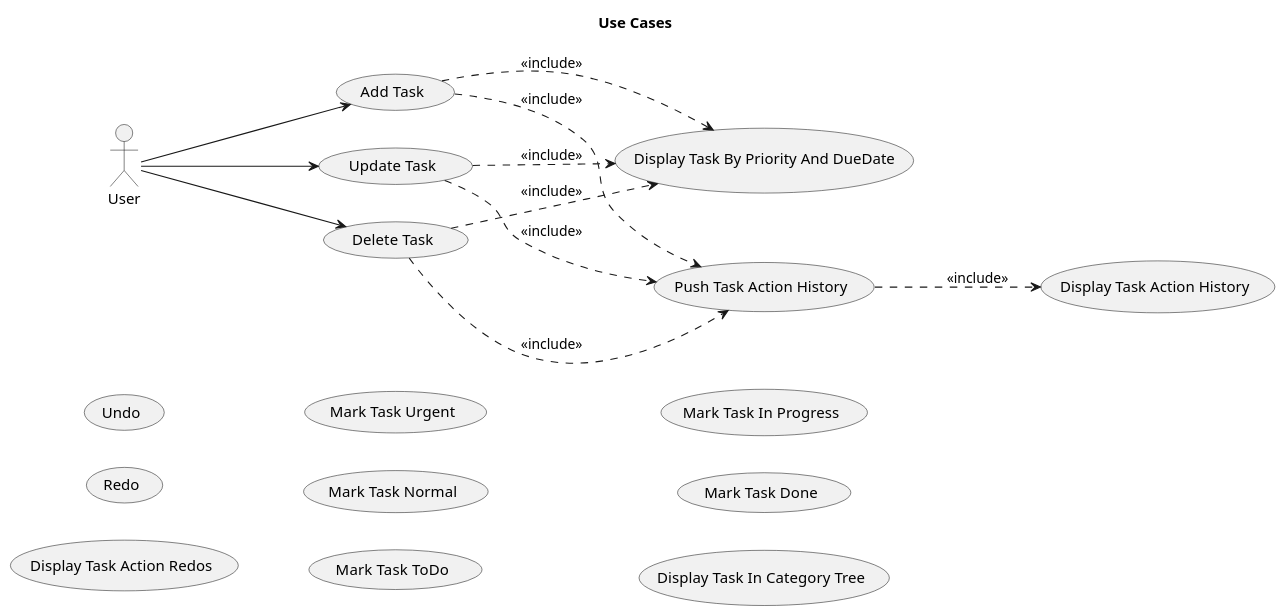
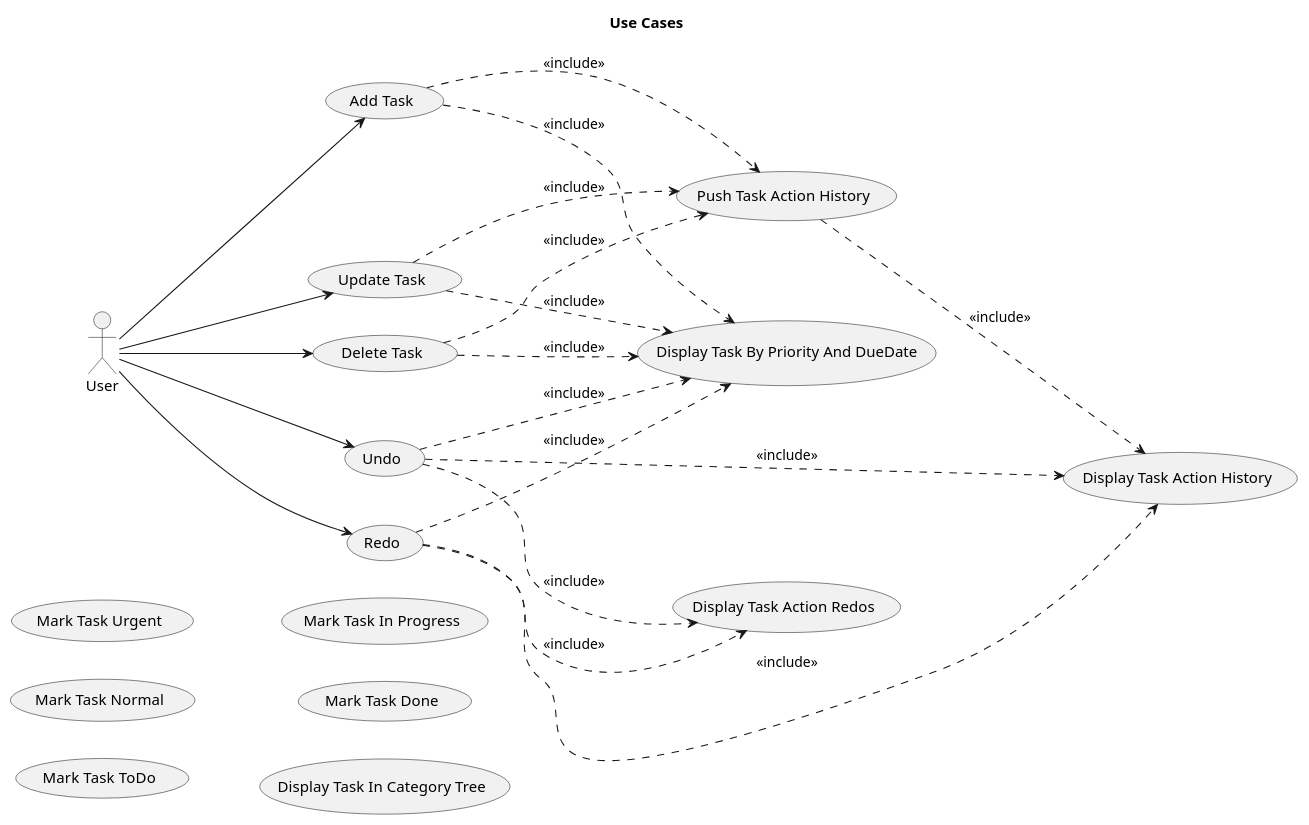
One commit to franpaulinoinfante/TaskManagement changed the diagram in Docs/UseCases/UseCases.plantuml. Above: the diagram before and after it, drawn with PlantUML. The commit also changed 10 other files, not shown here.

```diff
--- a/Docs/UseCases/UseCases.plantuml
+++ b/Docs/UseCases/UseCases.plantuml
@@ -1,38 +1,47 @@
 @startuml UseCases
     left to right direction
     title Use Cases
 
 actor User
 
 usecase "Add Task" as UC101
 usecase "Update Task" as UC102
 usecase "Delete Task" as UC103
 usecase "Display Task By Priority And DueDate" as UC104
 
 usecase "Push Task Action History" as UC201
 usecase "Undo" as UC202
 usecase "Redo" as UC203
 usecase "Display Task Action History" as UC204
 usecase "Display Task Action Redos" as UC205
 
 usecase "Mark Task Urgent" as UC301
 usecase "Mark Task Normal" as UC302
 
 usecase "Mark Task ToDo" as UC402
 usecase "Mark Task In Progress" as UC403
 usecase "Mark Task Done" as UC404
 
 usecase "Display Task In Category Tree" as UC501
 
 User --> UC101
     UC101 ..> UC104 : <<include>>
     UC101 ..> UC201 : <<include>>
 User --> UC102
     UC102 ..> UC104 : <<include>>
     UC102 ..> UC201 : <<include>>
 User --> UC103
     UC103 ..> UC104 : <<include>>
     UC103 ..> UC201 : <<include>>
     
     UC201 ..> UC204 : <<include>>
+
+User --> UC202
+    UC202 ..> UC104 : <<include>>
+    UC202 ..> UC204 : <<include>>
+    UC202 ..> UC205 : <<include>>
+User --> UC203
+    UC203 ..> UC104 : <<include>>
+    UC203 ..> UC204 : <<include>>
+    UC203 ..> UC205 : <<include>>
 @enduml
```
